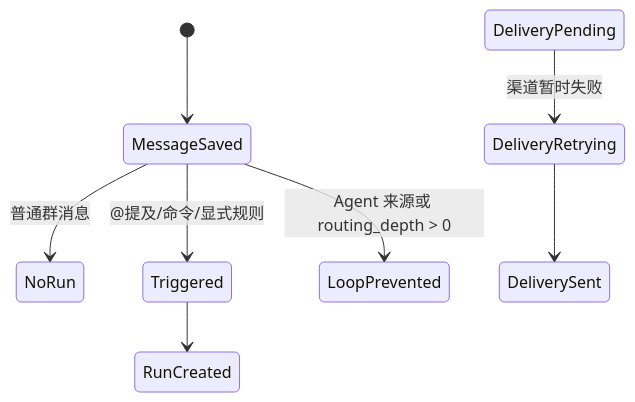
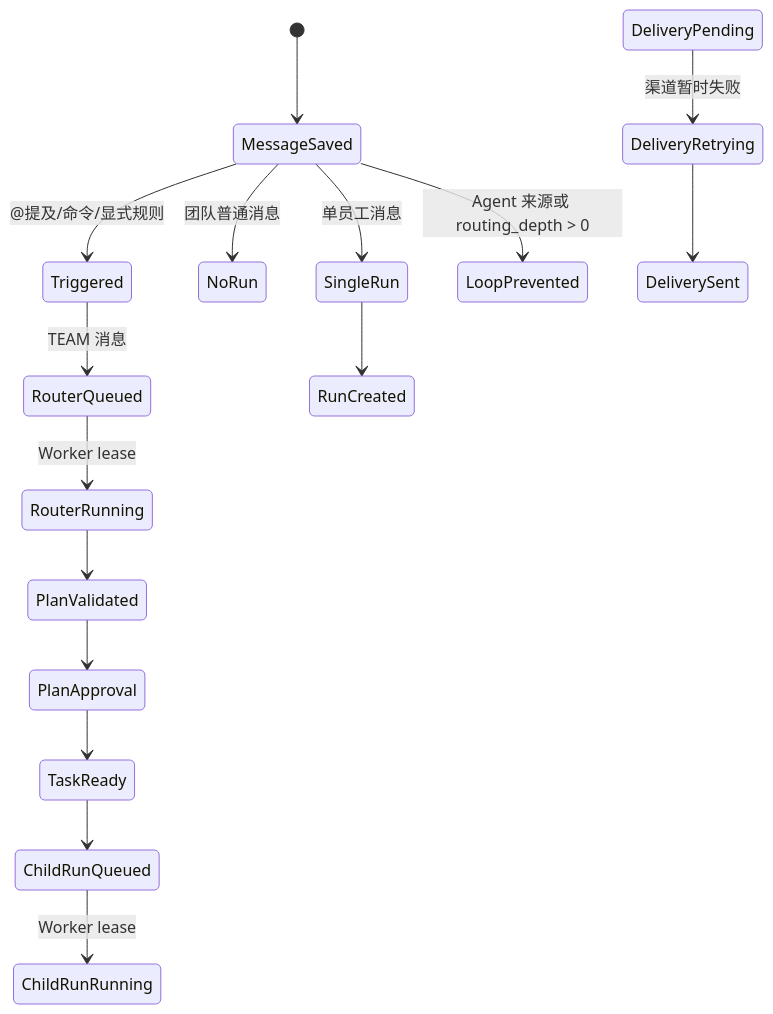
One commit to liulisheng/agentDemo changed the second of 2 diagrams in docs/conversations-and-channels.md. Above: the diagram before and after it, drawn with Mermaid. The commit also changed other lines of this file and 93 other files, not shown here.

```diff
--- a/docs/conversations-and-channels.md
+++ b/docs/conversations-and-channels.md
@@ -21,10 +35,18 @@
 ~~~mermaid
 stateDiagram-v2
   [*] --> MessageSaved
-  MessageSaved --> NoRun: 普通群消息
+  MessageSaved --> SingleRun: 单员工消息
+  MessageSaved --> NoRun: 团队普通消息
   MessageSaved --> Triggered: @提及/命令/显式规则
   MessageSaved --> LoopPrevented: Agent 来源或 routing_depth > 0
-  Triggered --> RunCreated
+  Triggered --> RouterQueued: TEAM 消息
+  RouterQueued --> RouterRunning: Worker lease
+  RouterRunning --> PlanValidated
   DeliveryPending --> DeliveryRetrying: 渠道暂时失败
   DeliveryRetrying --> DeliverySent
+  SingleRun --> RunCreated
+  PlanValidated --> PlanApproval
+  PlanApproval --> TaskReady
+  TaskReady --> ChildRunQueued
+  ChildRunQueued --> ChildRunRunning: Worker lease
 ~~~
```
